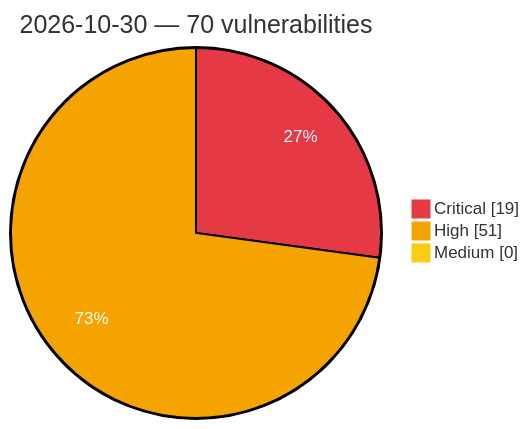
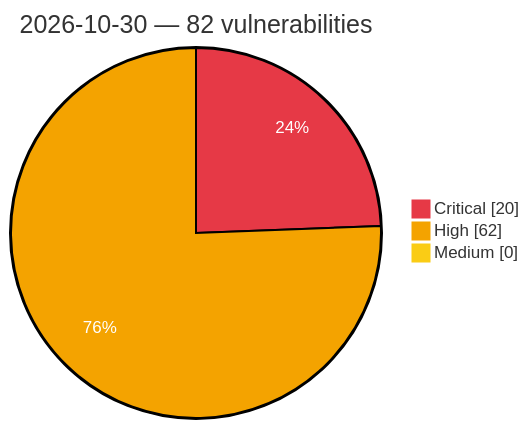
One commit to GhostX0X/vuln-tracker changed the diagram in vulnerabilities/2026/October/2026-10-30.md. Above: the diagram before and after it, drawn with Mermaid. The commit also changed other lines of this file and 8 other files, not shown here.

Commit message:
Auto update: critical/high vulns (2026-10-31 02:21 UTC)

````diff
--- a/vulnerabilities/2026/October/2026-10-30.md
+++ b/vulnerabilities/2026/October/2026-10-30.md
@@ -3,8 +3,8 @@
 ```mermaid
 %%{init: {'theme':'base', 'themeVariables': {'pie1':'#e63946', 'pie2':'#f4a300', 'pie3':'#facc15', 'pieOpacity':'1', 'pieOuterStrokeWidth':'2px', 'pieSectionTextColor':'#ffffff'}}}%%
 pie showData
-    title 2026-10-30 — 70 vulnerabilities
-    "Critical" : 19
-    "High" : 51
+    title 2026-10-30 — 82 vulnerabilities
+    "Critical" : 20
+    "High" : 62
     "Medium" : 0
 ```
````
